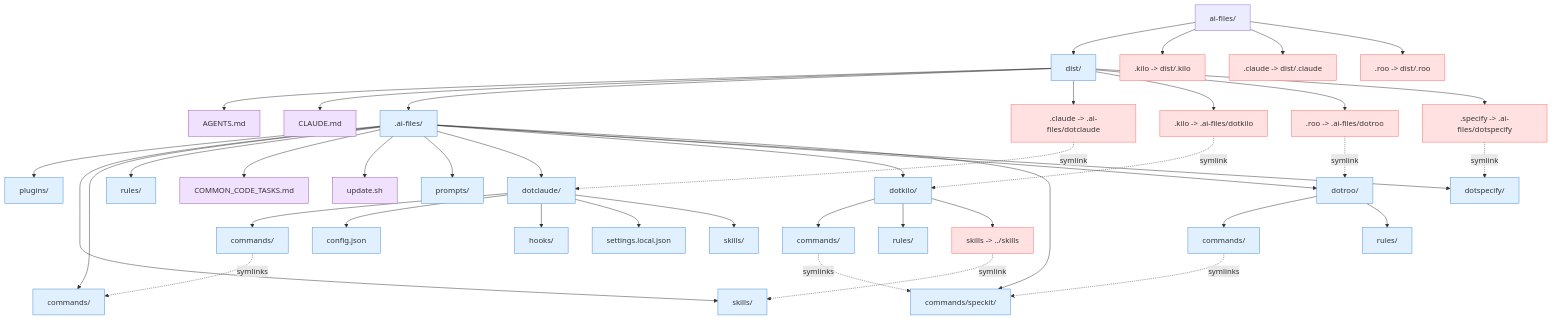
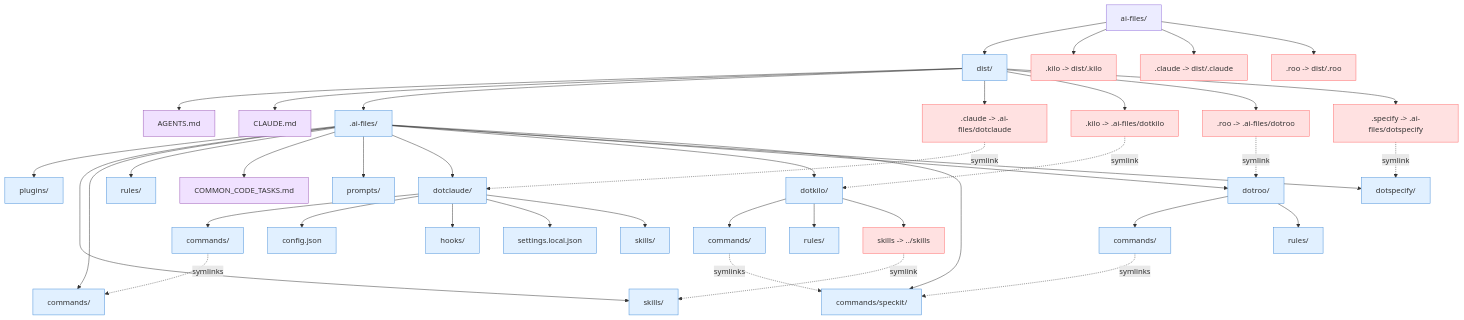
One commit to Voronenko/ai-files changed the third of 3 diagrams in docs/makefile-readme.md. Above: the diagram before and after it, drawn with Mermaid. The commit also changed other lines of this file and 3 other files, not shown here.

````diff
--- a/docs/makefile-readme.md
+++ b/docs/makefile-readme.md
@@ -95,61 +94,60 @@
 ```mermaid
 graph TD
     Root["ai-files/"]
 
     Root --> Dist["dist/"]
     Root --> KiloLink[".kilo -> dist/.kilo"]
     Root --> ClaudeLink[".claude -> dist/.claude"]
     Root --> RooLink[".roo -> dist/.roo"]
 
     Dist --> AGENTS["AGENTS.md"]
     Dist --> CLAUDE["CLAUDE.md"]
     Dist --> AIFiles[".ai-files/"]
     Dist --> ClaudeLinkDist[".claude -> .ai-files/dotclaude"]
     Dist --> KiloLinkDist[".kilo -> .ai-files/dotkilo"]
     Dist --> RooLinkDist[".roo -> .ai-files/dotroo"]
     Dist --> SpecifyLinkDist[".specify -> .ai-files/dotspecify"]
 
     AIFiles --> Plugins["plugins/"]
     AIFiles --> Skills["skills/"]
     AIFiles --> Commands["commands/"]
     AIFiles --> Rules["rules/"]
     AIFiles --> CommonTasks["COMMON_CODE_TASKS.md"]
-    AIFiles --> UpdateSh["update.sh"]
     AIFiles --> Prompts["prompts/"]
     AIFiles --> ClaudeDist["dotclaude/"]
     AIFiles --> KiloDist["dotkilo/"]
     AIFiles --> RooDist["dotroo/"]
     AIFiles --> Specify["dotspecify/"]
     AIFiles --> SpeckitCmds["commands/speckit/"]
 
     ClaudeDist --> ClaudeCmds["commands/"]
     ClaudeDist --> ClaudeConfig["config.json"]
     ClaudeDist --> ClaudeHooks["hooks/"]
     ClaudeDist --> ClaudeSettings["settings.local.json"]
     ClaudeDist --> ClaudeSkills["skills/"]
 
     KiloDist --> KiloCmds["commands/"]
     KiloDist --> KiloRules["rules/"]
     KiloDist --> KiloSkillsLink["skills -> ../skills"]
 
     RooDist --> RooCmds["commands/"]
     RooDist --> RooRules["rules/"]
 
     %% Symlink relationships shown with dashed lines
     ClaudeCmds -.->|"symlinks"| Commands
     KiloCmds -.->|"symlinks"| SpeckitCmds
     RooCmds -.->|"symlinks"| SpeckitCmds
     ClaudeLinkDist -.->|"symlink"| ClaudeDist
     KiloLinkDist -.->|"symlink"| KiloDist
     RooLinkDist -.->|"symlink"| RooDist
     SpecifyLinkDist -.->|"symlink"| Specify
     KiloSkillsLink -.->|"symlink"| Skills
 
     classDef symlink fill:#ffe1e1,stroke:#ff6b6b
     classDef directory fill:#e1f0ff,stroke:#4a90d9
     classDef file fill:#f0e1ff,stroke:#9b59b6
 
     class KiloLink,ClaudeLink,RooLink,KiloSkillsLink,ClaudeLinkDist,KiloLinkDist,RooLinkDist,SpecifyLinkDist symlink
     class Dist,AIFiles,ClaudeDist,KiloDist,RooDist,Plugins,Skills,Commands,Rules,Prompts,SpeckitCmds,ClaudeCmds,ClaudeConfig,ClaudeHooks,ClaudeSettings,ClaudeSkills,KiloCmds,KiloRules,RooCmds,RooRules,Specify directory
-    class AGENTS,CLAUDE,CommonTasks,UpdateSh file
+    class AGENTS,CLAUDE,CommonTasks file
 ```
````
